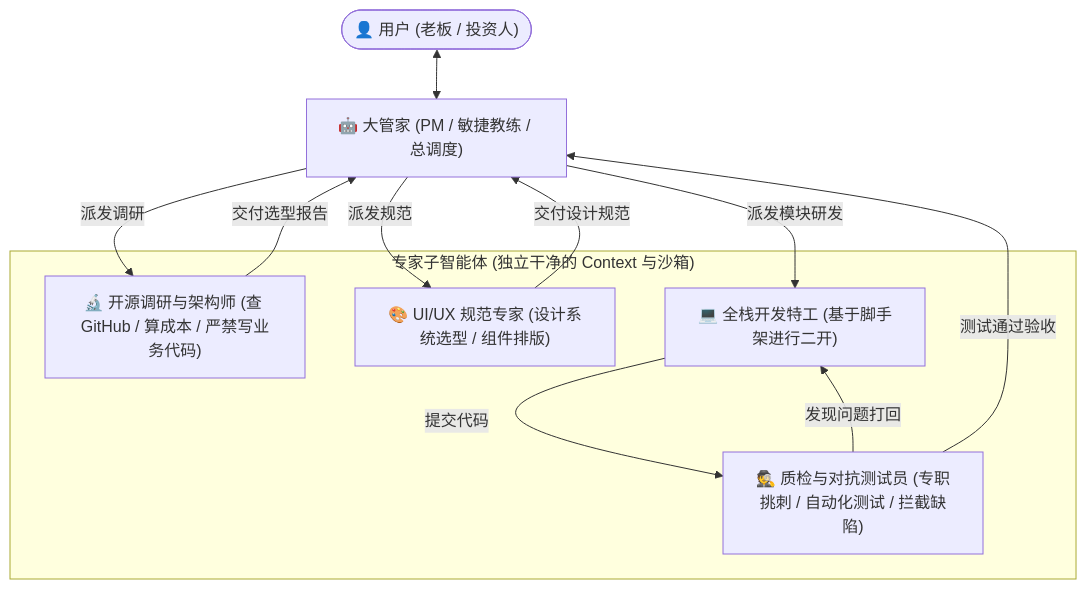
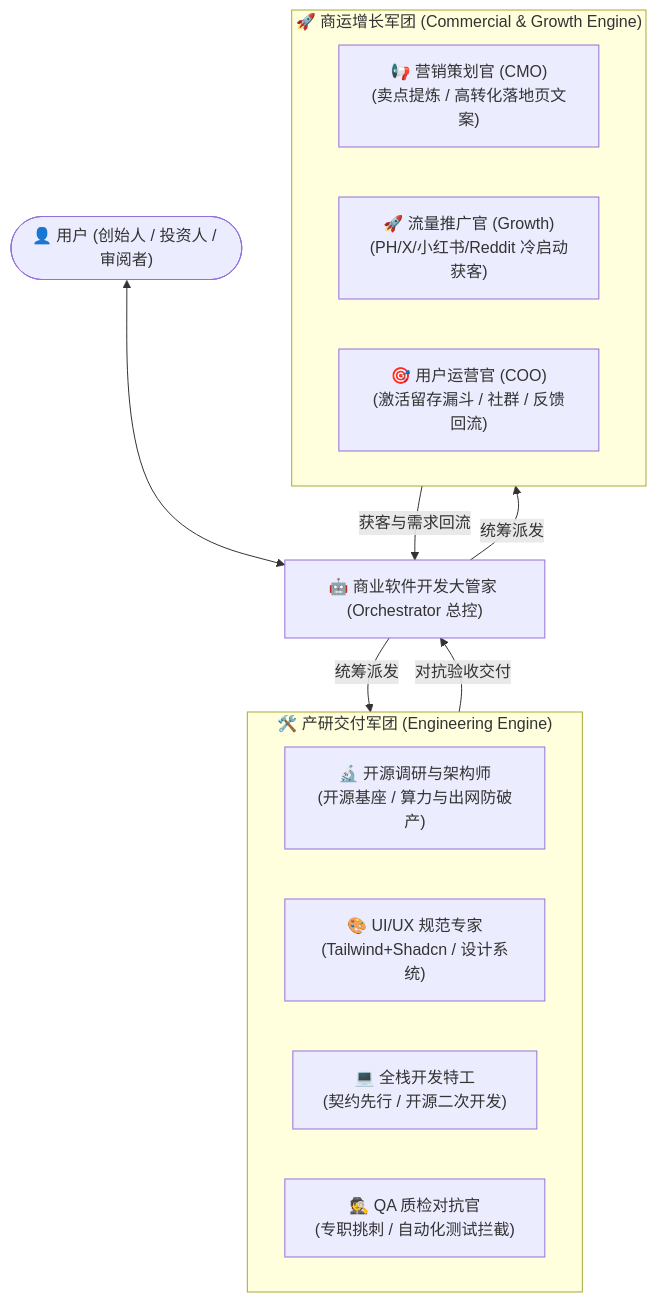
One commit to cunzailv/shangyeruanjiankaifa changed the second of 2 diagrams in docs/ai_development_evolution_and_rationale.md. Above: the diagram before and after it, drawn with Mermaid. The commit also changed other lines of this file and 6 other files, not shown here.

Commit message:
feat: incorporate marketing, promotion, and operations commercial growth engine into multi-agent architecture and WeChat article

````diff
--- a/docs/ai_development_evolution_and_rationale.md
+++ b/docs/ai_development_evolution_and_rationale.md
@@ -78,20 +78,22 @@
 ```mermaid
 flowchart TD
-    User(["👤 用户 (老板 / 投资人)"]) <--> Master["🤖 大管家 (PM / 敏捷教练 / 总调度)"]
+    User(["👤 用户 (创始人 / 投资人 / 审阅者)"]) <--> Master["🤖 商业软件开发大管家 (Orchestrator 总控)"]
 
-    subgraph Team ["专家子智能体 (独立干净的 Context 与沙箱)"]
-        Architect["🔬 开源调研与架构师 (查 GitHub / 算成本 / 严禁写业务代码)"]
-        Designer["🎨 UI/UX 规范专家 (设计系统选型 / 组件排版)"]
-        Coder["💻 全栈开发特工 (基于脚手架进行二开)"]
-        QA["🕵️ 质检与对抗测试员 (专职挑刺 / 自动化测试 / 拦截缺陷)"]
+    subgraph EngineeringPod ["🛠️ 产研交付军团 (Engineering Engine)"]
+        Architect["🔬 开源调研与架构师\n(开源基座 / 算力与出网防破产)"]
+        Designer["🎨 UI/UX 规范专家\n(Tailwind+Shadcn / 设计系统)"]
+        Coder["💻 全栈开发特工\n(契约先行 / 开源二次开发)"]
+        QA["🕵️ QA 质检对抗官\n(专职挑刺 / 自动化测试拦截)"]
     end
 
-    Master -->|派发调研| Architect
-    Architect -->|交付选型报告| Master
-    Master -->|派发规范| Designer
-    Designer -->|交付设计规范| Master
-    Master -->|派发模块研发| Coder
-    Coder -->|提交代码| QA
-    QA -->|发现问题打回| Coder
-    QA -->|测试通过验收| Master
+    subgraph CommercialPod ["🚀 商运增长军团 (Commercial & Growth Engine)"]
+        Marketing["📢 营销策划官 (CMO)\n(卖点提炼 / 高转化落地页文案)"]
+        Promotion["🚀 流量推广官 (Growth)\n(PH/X/小红书/Reddit 冷启动获客)"]
+        Operations["🎯 用户运营官 (COO)\n(激活留存漏斗 / 社群 / 反馈回流)"]
+    end
+
+    Master -->|统筹派发| EngineeringPod
+    Master -->|统筹派发| CommercialPod
+    EngineeringPod -->|对抗验收交付| Master
+    CommercialPod -->|获客与需求回流| Master
 ```
````
